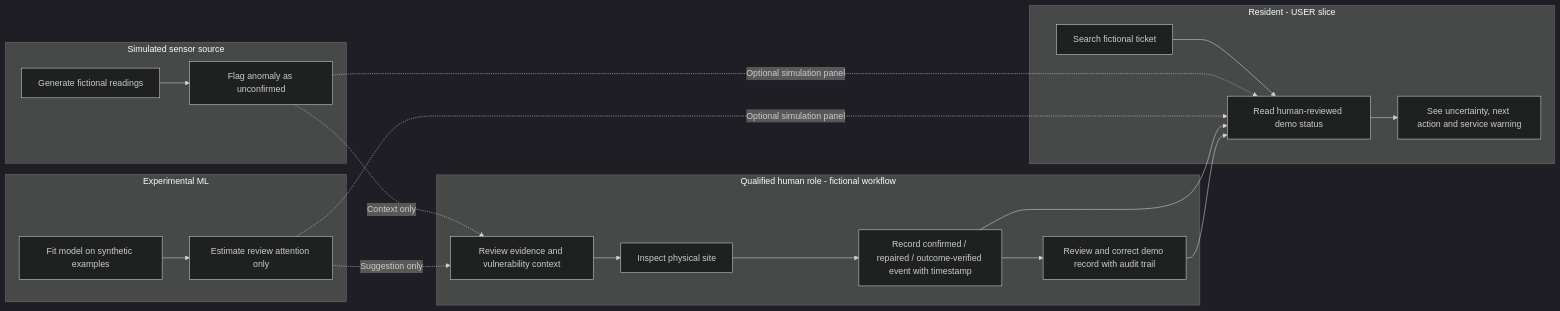
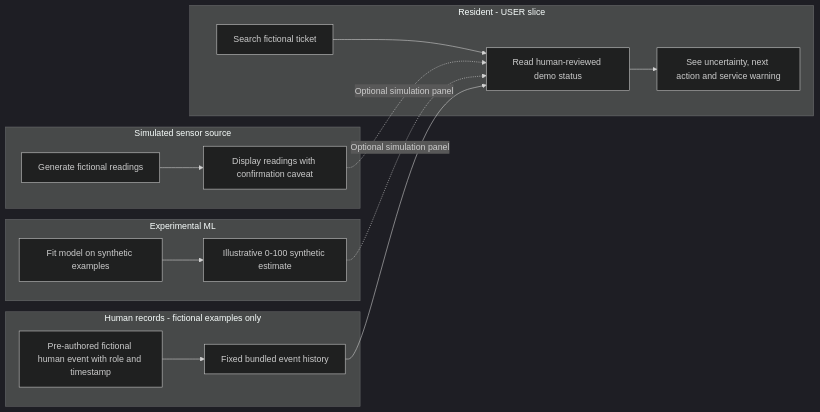
One commit to monyzaragozaa-cmd/aquarail-mx changed the fourth of 5 diagrams in docs/PACKET.md. Above: the diagram before and after it, drawn with Mermaid (dark theme). The commit also changed other lines of this file, not shown here.

````diff
--- a/docs/PACKET.md
+++ b/docs/PACKET.md
@@ -186,24 +192,20 @@
 ```mermaid
 flowchart LR
     subgraph S[Simulated sensor source]
-      S1[Generate fictional readings] --> S2[Flag anomaly as unconfirmed]
+      S1[Generate fictional readings] --> S2[Display readings with confirmation caveat]
     end
     subgraph M[Experimental ML]
-      M1[Fit model on synthetic examples] --> M2[Estimate review attention only]
+      M1[Fit model on synthetic examples] --> M2[Illustrative 0-100 synthetic estimate]
     end
-    subgraph H[Qualified human role - fictional workflow]
-      H1[Review evidence and vulnerability context] --> H2[Inspect physical site]
-      H2 --> H3[Record confirmed / repaired / outcome-verified event with timestamp]
-      H3 --> H4[Review and correct demo record with audit trail]
+    subgraph H[Human records - fictional examples only]
+      H1[Pre-authored fictional human event with role and timestamp]
+      H1 --> H2[Fixed bundled event history]
     end
     subgraph U[Resident - USER slice]
       U1[Search fictional ticket] --> U2[Read human-reviewed demo status]
       U2 --> U3[See uncertainty, next action and service warning]
     end
-    S2 -. Context only .-> H1
-    M2 -. Suggestion only .-> H1
     S2 -. Optional simulation panel .-> U2
     M2 -. Optional simulation panel .-> U2
-    H3 --> U2
-    H4 --> U2
+    H2 --> U2
 ```
````
